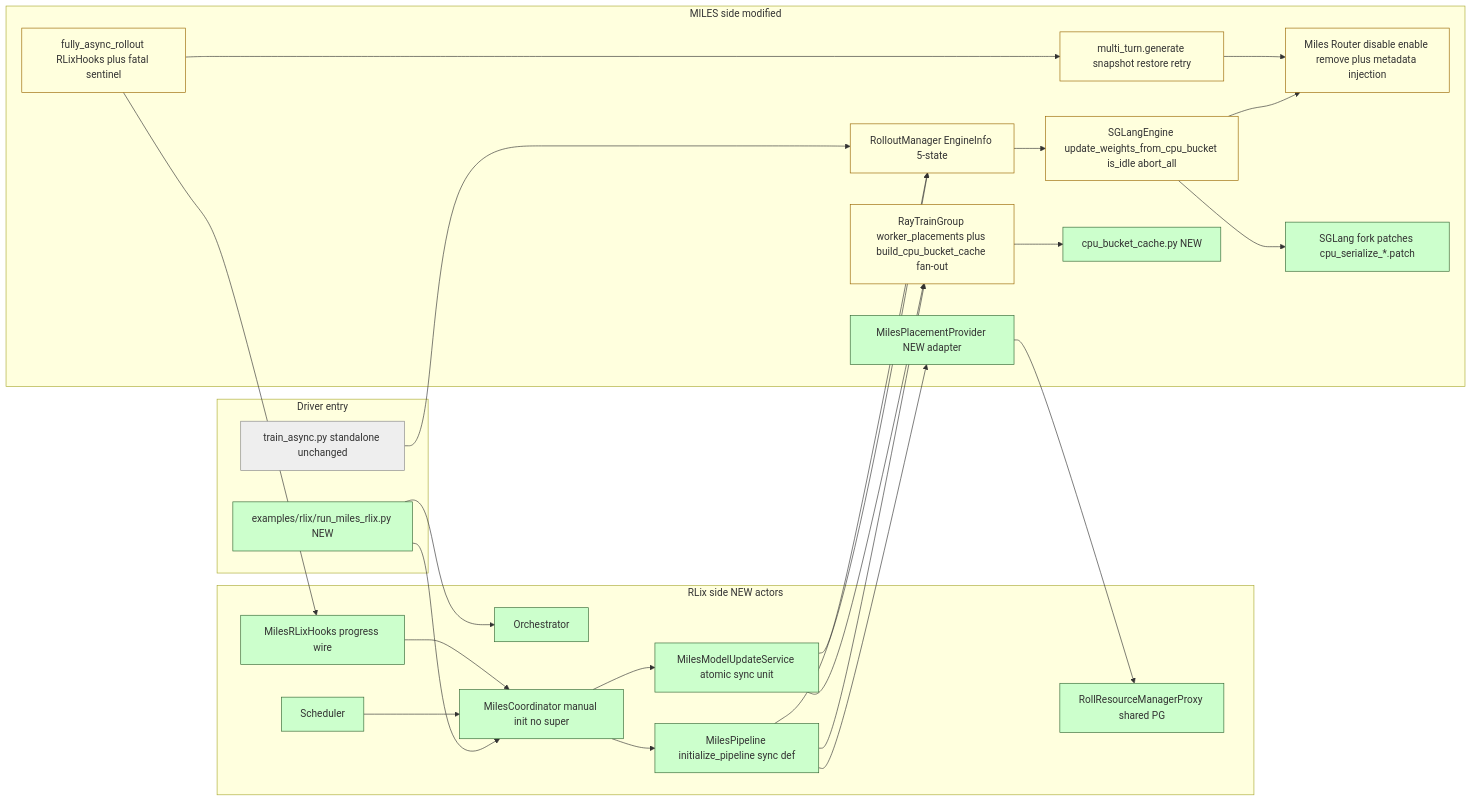
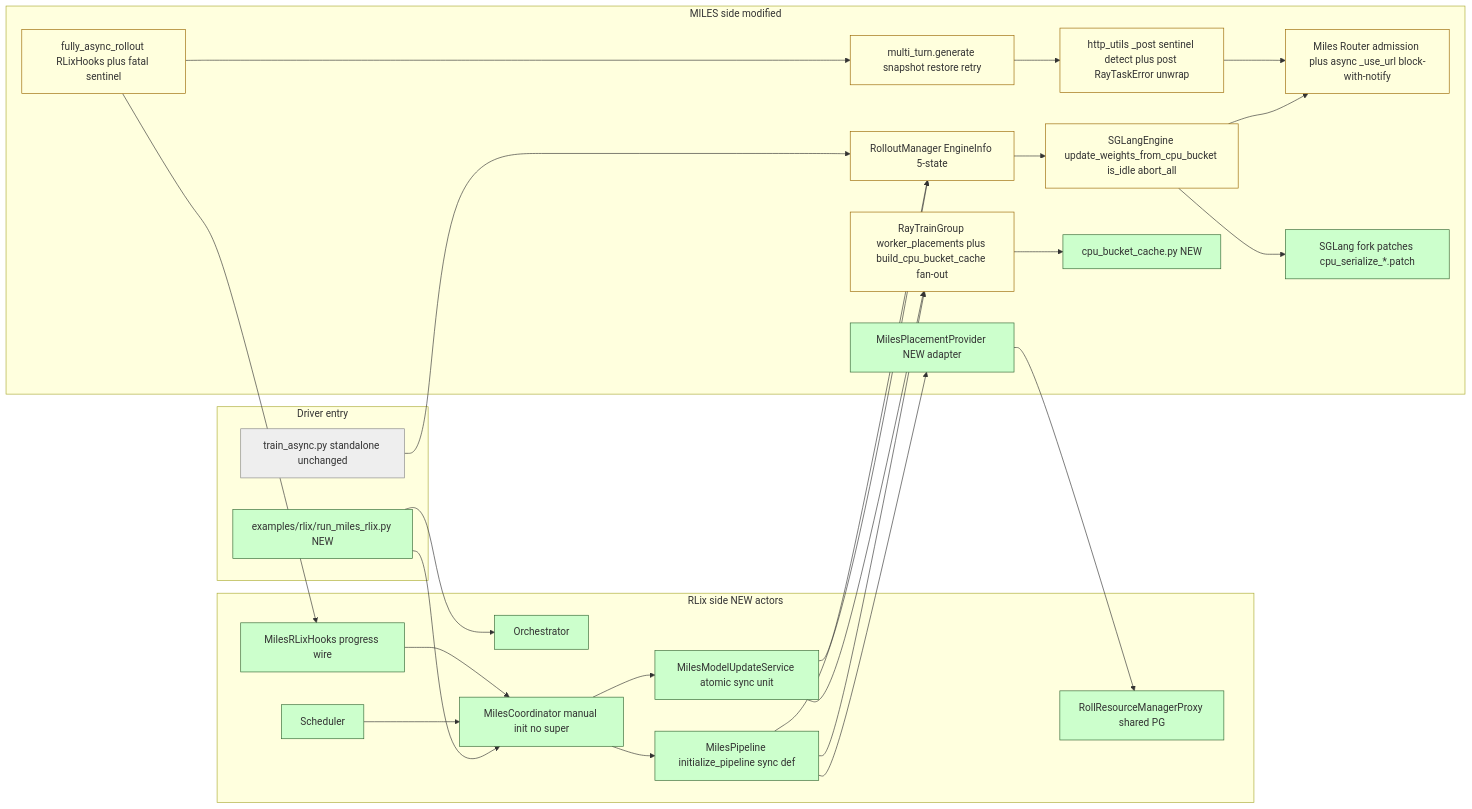
The first of 6 diagrams in plans/miles-port-unified-plan.tldr.md (rlops/rlix), drawn with Mermaid before and after one commit. The commit also changed other lines of this file and 1 other file, not shown here.

````diff
--- a/plans/miles-port-unified-plan.tldr.md
+++ b/plans/miles-port-unified-plan.tldr.md
@@ -138,57 +151,59 @@
 ```mermaid
 flowchart LR
   subgraph Driver[Driver entry]
     Std[train_async.py standalone unchanged]
     Rlix[examples/rlix/run_miles_rlix.py NEW]
   end
 
   subgraph RLixSide[RLix side NEW actors]
     Orch[Orchestrator]
     Sched[Scheduler]
     Coord[MilesCoordinator manual init no super]
     Pipe[MilesPipeline initialize_pipeline sync def]
     Service[MilesModelUpdateService atomic sync unit]
     Hooks[MilesRLixHooks progress wire]
     Proxy[RollResourceManagerProxy shared PG]
   end
 
   subgraph MilesSide[MILES side modified]
     Provider[MilesPlacementProvider NEW adapter]
     RM[RolloutManager EngineInfo 5-state]
     SE[SGLangEngine update_weights_from_cpu_bucket is_idle abort_all]
-    Router[Miles Router disable enable remove plus metadata injection]
+    Router[Miles Router admission plus async _use_url block-with-notify]
+    HttpUtil[http_utils _post sentinel detect plus post RayTaskError unwrap]
     MT[multi_turn.generate snapshot restore retry]
     FA[fully_async_rollout RLixHooks plus fatal sentinel]
     TG[RayTrainGroup worker_placements plus build_cpu_bucket_cache fan-out]
     Cache[cpu_bucket_cache.py NEW]
     Patch[SGLang fork patches cpu_serialize_*.patch]
   end
 
   Std --> RM
   Rlix --> Orch
   Rlix --> Coord
   Coord --> Pipe
   Pipe --> Provider
   Provider --> Proxy
   Pipe --> TG
   Pipe --> RM
   Coord --> Service
   Sched --> Coord
   Service --> TG
   Service --> RM
   RM --> SE
   SE --> Router
-  MT --> Router
+  MT --> HttpUtil
+  HttpUtil --> Router
   FA --> MT
   FA --> Hooks
   Hooks --> Coord
   TG --> Cache
   SE --> Patch
 
   classDef stable fill:#eee,stroke:#888
   classDef new fill:#cfc,stroke:#363
   classDef mod fill:#ffd,stroke:#960
   class Std stable
   class Rlix,Orch,Sched,Coord,Pipe,Service,Hooks,Proxy,Provider,Cache,Patch new
-  class RM,SE,Router,MT,FA,TG mod
+  class RM,SE,Router,HttpUtil,MT,FA,TG mod
 ```
````
